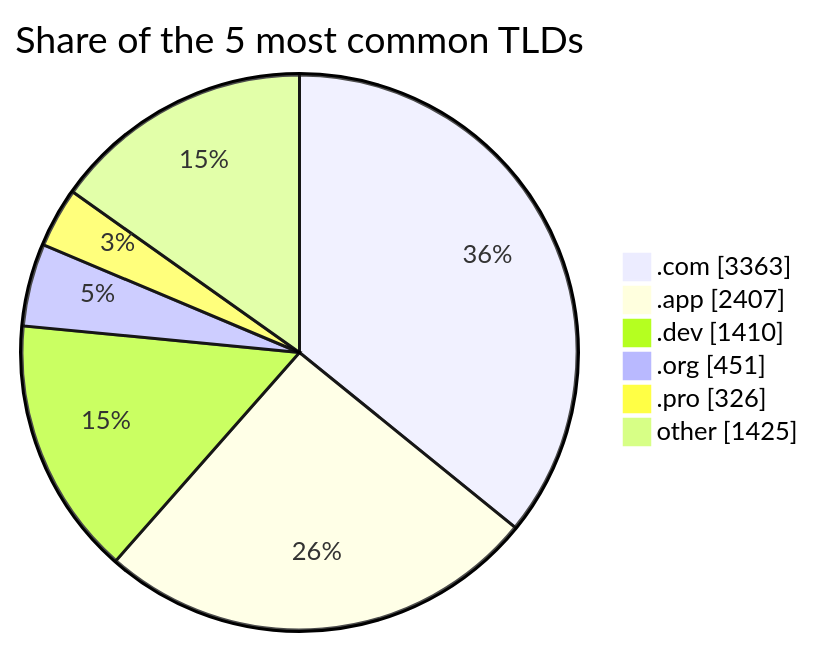
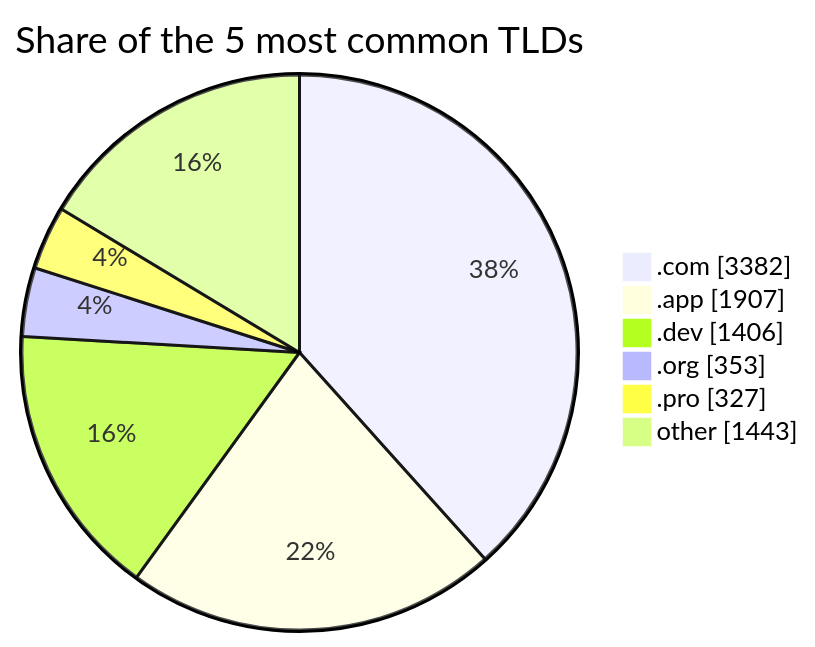
Before and after one commit to DNSBunker/CTI: the second of 2 diagrams in README.md, drawn with Mermaid. The commit also changed other lines of this file and 3 other files, not shown here.

````diff
--- a/README.md
+++ b/README.md
@@ -72,9 +72,9 @@
 ```mermaid
 pie showData title Share of the 5 most common TLDs
-    ".com" : 3363
-    ".app" : 2407
-    ".dev" : 1410
-    ".org" : 451
-    ".pro" : 326
-    "other" : 1425
+    ".com" : 3382
+    ".app" : 1907
+    ".dev" : 1406
+    ".org" : 353
+    ".pro" : 327
+    "other" : 1443
 ```
````
